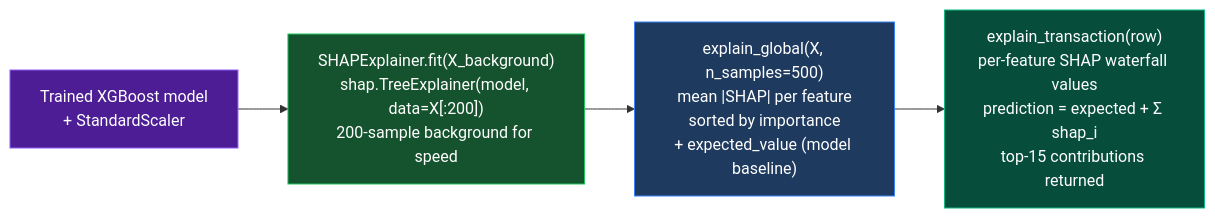
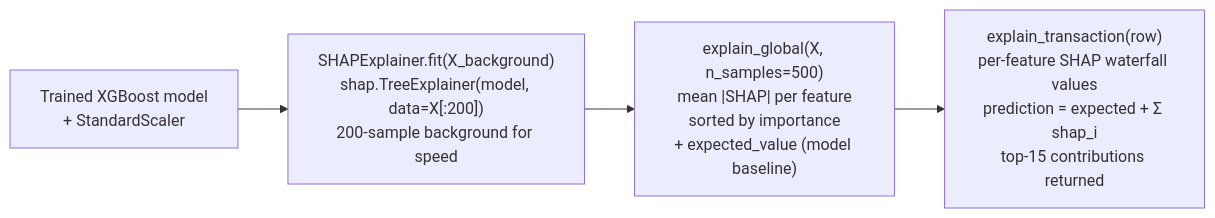
Before and after one commit to gregorizeidler/AML-multiverse-simulator: diagram 15 of 23 in README.md, drawn with Mermaid. The commit also changed other lines of this file, not shown here.

Commit message:
fix: remove all custom mermaid style directives incompatible with GitHub renderer

````diff
--- a/README.md
+++ b/README.md
@@ -1107,12 +1038,8 @@
 ```mermaid
 flowchart LR
-    style M fill:#4c1d95,stroke:#8b5cf6,color:#fff
-    style T fill:#14532d,stroke:#22c55e,color:#fff
-    style G fill:#1e3a5f,stroke:#3b82f6,color:#fff
-    style L fill:#064e3b,stroke:#10b981,color:#fff
 
     M["Trained XGBoost model\n+ StandardScaler"] --> T
     T["SHAPExplainer.fit(X_background)\nshap.TreeExplainer(model, data=X[:200])\n200-sample background for speed"] --> G
     G["explain_global(X, n_samples=500)\nmean |SHAP| per feature\nsorted by importance\n+ expected_value (model baseline)"] --> L
     L["explain_transaction(row)\nper-feature SHAP waterfall values\nprediction = expected + Σ shap_i\ntop-15 contributions returned"]
 ```
````
